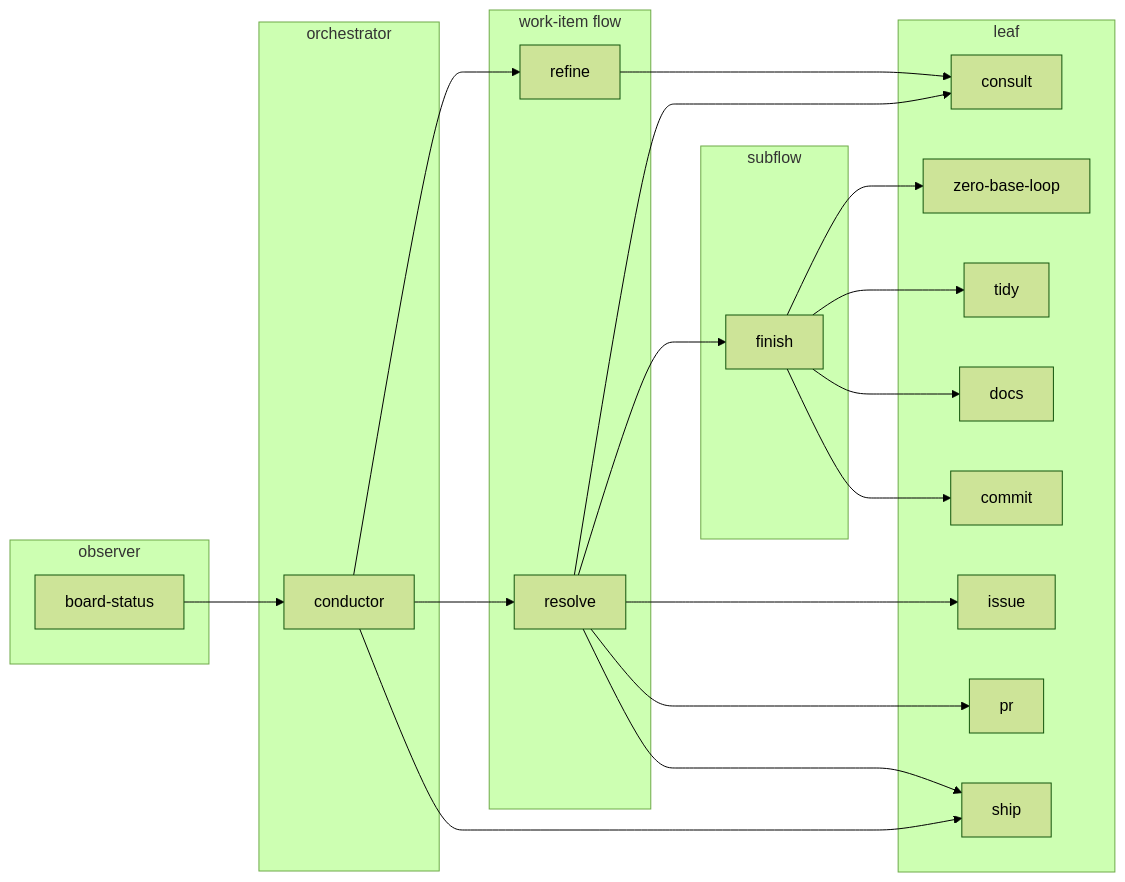
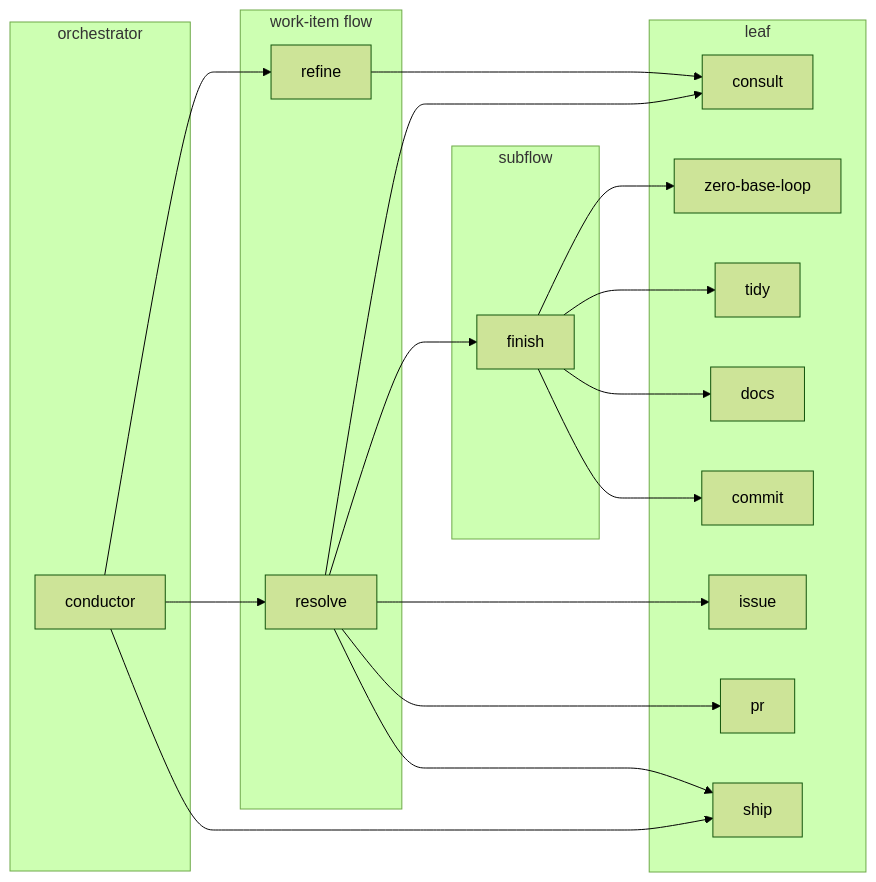
The first of 3 diagrams in agents/docs/structure.md (usagizmo/agentfiles), drawn with Mermaid (forest theme) before and after one commit. The commit also changed 5 other files, not shown here.

First line of the commit message:
🔥 [agents] board-status が、conductor の出力を読むだけの層を 1 段作っていた

````diff
--- a/agents/docs/structure.md
+++ b/agents/docs/structure.md
@@ -27,41 +27,37 @@
 ```mermaid
 flowchart LR
-    subgraph obs[observer]
-        BS[board-status]
-    end
     subgraph orch[orchestrator]
         CO[conductor]
     end
     subgraph flow["work-item flow"]
         RF[refine]
         RS[resolve]
     end
     subgraph sub[subflow]
         FI[finish]
     end
     subgraph leaf[leaf]
         CS[consult]
         ZB[zero-base-loop]
         TD[tidy]
         DC[docs]
         CM[commit]
         PR[pr]
         SH[ship]
         IS[issue]
     end
 
-    BS --> CO
     CO --> RF
     CO --> RS
     CO --> SH
     RF --> CS
     RS --> CS
     RS --> FI
     RS --> IS
     RS --> PR
     RS --> SH
     FI --> ZB
     FI --> TD
     FI --> DC
     FI --> CM
 ```
````
